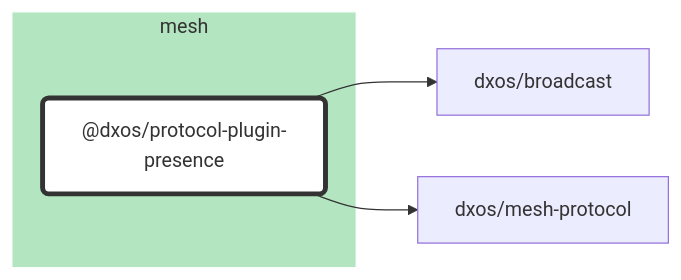
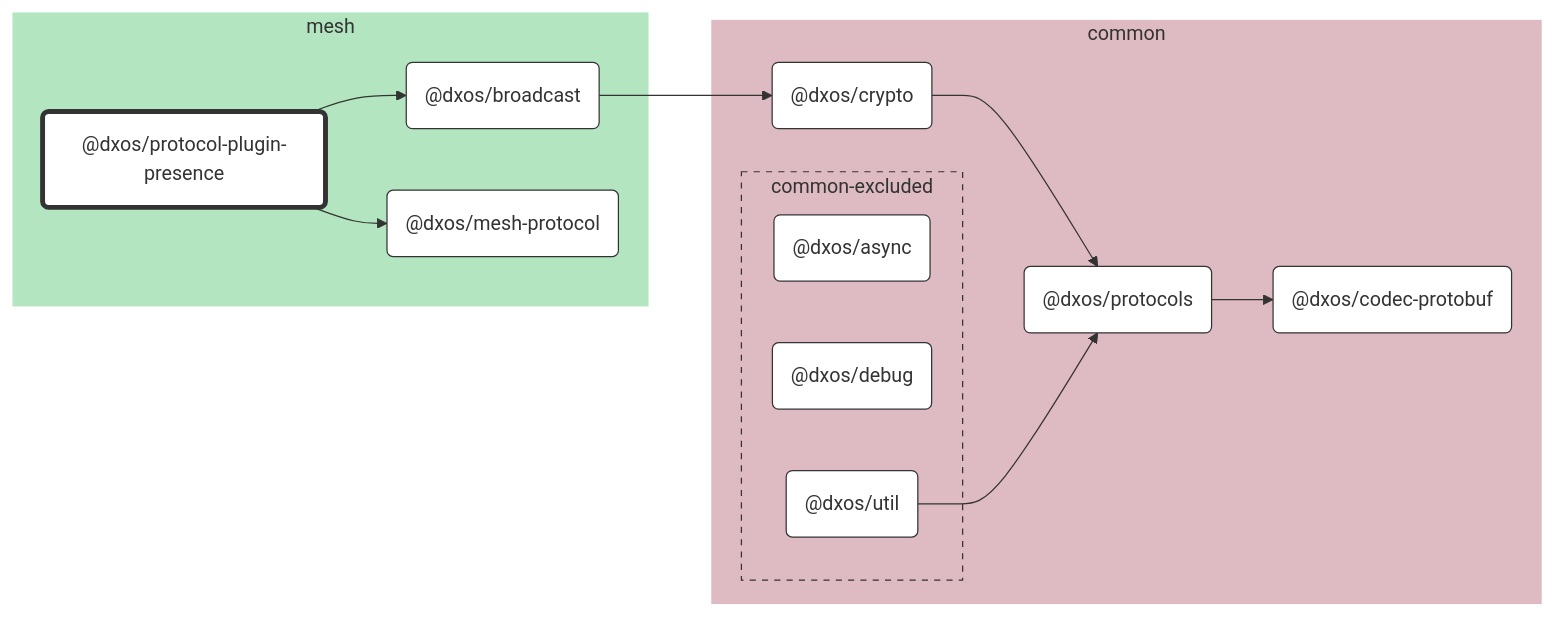
The diagram in packages/mesh/protocol-plugin-presence/docs/README.md (dxos/dxos), drawn with Mermaid before and after one commit. The commit also changed 65 other files, not shown here.

````diff
--- a/packages/mesh/protocol-plugin-presence/docs/README.md
+++ b/packages/mesh/protocol-plugin-presence/docs/README.md
@@ -7,22 +7,50 @@
 ```mermaid
 %%{ init: {'flowchart':{'curve':'basis'}} }%%
 
 flowchart LR
 
 %% Classes
 classDef def fill:#fff,stroke:#333,stroke-width:1px
 classDef root fill:#fff,stroke:#333,stroke-width:4px
 
 %% Nodes
 
 subgraph mesh [mesh]
   style mesh fill:#b3e6c0,stroke:#fff
   dxos/protocol-plugin-presence("@dxos/protocol-plugin-presence"):::root
   click dxos/protocol-plugin-presence "dxos/dxos/tree/main/packages/mesh/protocol-plugin-presence/docs"
+  dxos/broadcast("@dxos/broadcast"):::def
+  click dxos/broadcast "dxos/dxos/tree/main/packages/mesh/broadcast/docs"
+  dxos/mesh-protocol("@dxos/mesh-protocol"):::def
+  click dxos/mesh-protocol "dxos/dxos/tree/main/packages/mesh/mesh-protocol/docs"
+end
+
+subgraph common [common]
+  style common fill:#debac2,stroke:#fff
+  dxos/codec-protobuf("@dxos/codec-protobuf"):::def
+  click dxos/codec-protobuf "dxos/dxos/tree/main/packages/common/codec-protobuf/docs"
+  dxos/crypto("@dxos/crypto"):::def
+  click dxos/crypto "dxos/dxos/tree/main/packages/common/crypto/docs"
+  dxos/protocols("@dxos/protocols"):::def
+  click dxos/protocols "dxos/dxos/tree/main/packages/common/protocols/docs"
+
+  subgraph common-excluded [common-excluded]
+    style common-excluded fill:#debac2,stroke:#333,stroke-dasharray:5 5
+    dxos/async("@dxos/async"):::def
+    click dxos/async "dxos/dxos/tree/main/packages/common/async/docs"
+    dxos/debug("@dxos/debug"):::def
+    click dxos/debug "dxos/dxos/tree/main/packages/common/debug/docs"
+    dxos/util("@dxos/util"):::def
+    click dxos/util "dxos/dxos/tree/main/packages/common/util/docs"
+  end
 end
 
 %% Links
 linkStyle default stroke:#333,stroke-width:1px
 dxos/protocol-plugin-presence --> dxos/broadcast
+dxos/broadcast --> dxos/crypto
+dxos/crypto --> dxos/protocols
+dxos/protocols --> dxos/codec-protobuf
 dxos/protocol-plugin-presence --> dxos/mesh-protocol
+dxos/util --> dxos/protocols
 ```
````
